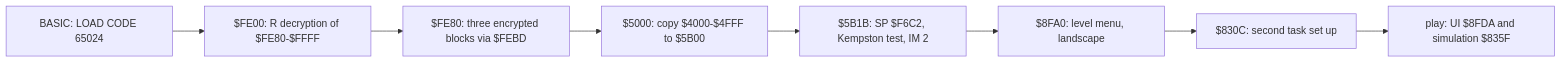
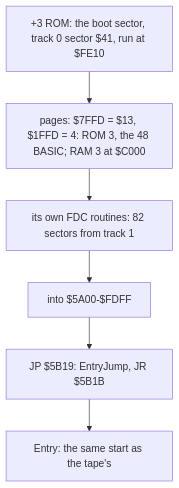
The third of 3 diagrams in games/simcity/docs/02-architecture.md (alfishe/unrealng-reverse-cases), drawn with Mermaid before and after one commit. The commit also changed other lines of this file and 95 other files, not shown here.

Commit message:
SimCity docs 01-10 written: design, architecture, protected load, task switcher, controls, rendering, objects, HUD and text, sound, simulation

````diff
--- a/games/simcity/docs/02-architecture.md
+++ b/games/simcity/docs/02-architecture.md
@@ -112,10 +301,8 @@
 ```mermaid
-flowchart LR
-  A["BASIC: LOAD CODE 65024"] --> B["$FE00: R decryption of $FE80-$FFFF"]
-  B --> C["$FE80: three encrypted blocks via $FEBD"]
-  C --> D["$5000: copy $4000-$4FFF to $5B00"]
-  D --> E["$5B1B: SP $F6C2, Kempston test, IM 2"]
-  E --> F["$8FA0: level menu, landscape"]
-  F --> G["$830C: second task set up"]
-  G --> H["play: UI $8FDA and simulation $835F"]
+flowchart TD
+    A["+3 ROM: the boot sector, track 0 sector $41, run at $FE10"] --> B["pages: $7FFD = $13, $1FFD = 4: ROM 3, the 48 BASIC; RAM 3 at $C000"]
+    B --> C["its own FDC routines: 82 sectors from track 1"]
+    C --> D["into $5A00-$FDFF"]
+    D --> E["JP $5B19: EntryJump, JR $5B1B"]
+    E --> F["Entry: the same start as the tape's"]
 ```
````
